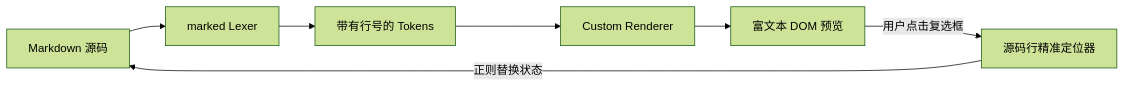
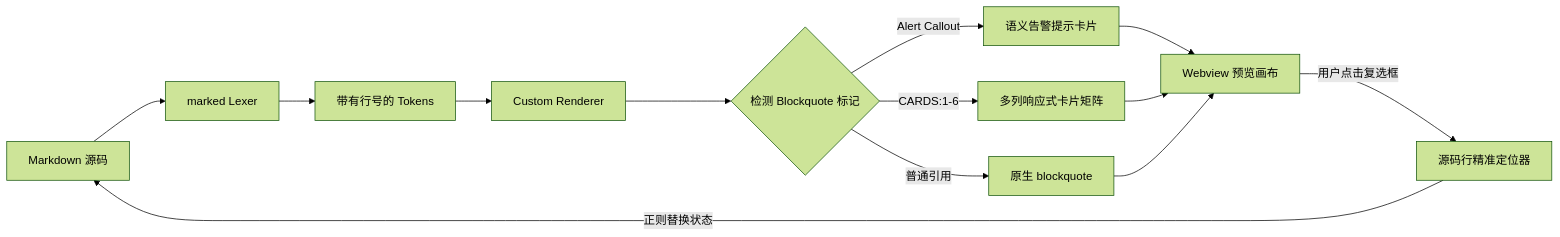
One commit to fsyyzz/OmniView-Open changed the diagram in examples/markdown/callouts-and-tasks.md. Above: the diagram before and after it, drawn with Mermaid (forest theme). The commit also changed other lines of this file and 2 other files, not shown here.

````diff
--- a/examples/markdown/callouts-and-tasks.md
+++ b/examples/markdown/callouts-and-tasks.md
@@ -111,9 +151,15 @@
 ```mermaid
 flowchart LR
     MD[Markdown 源码] --> Lexer[marked Lexer]
     Lexer --> AST[带有行号的 Tokens]
     AST --> Renderer[Custom Renderer]
-    Renderer --> DOM[富文本 DOM 预览]
-    DOM -- 用户点击复选框 --> LineLocator[源码行精准定位器]
+    Renderer --> Intercept{检测 Blockquote 标记}
+    Intercept -->|Alert Callout| CalloutDOM[语义告警提示卡片]
+    Intercept -->|CARDS:1-6| GridDOM[多列响应式卡片矩阵]
+    Intercept -->|普通引用| QuoteDOM[原生 blockquote]
+    CalloutDOM --> Preview[Webview 预览画布]
+    GridDOM --> Preview
+    QuoteDOM --> Preview
+    Preview -- 用户点击复选框 --> LineLocator[源码行精准定位器]
     LineLocator -- 正则替换状态 --> MD
 ```
````
